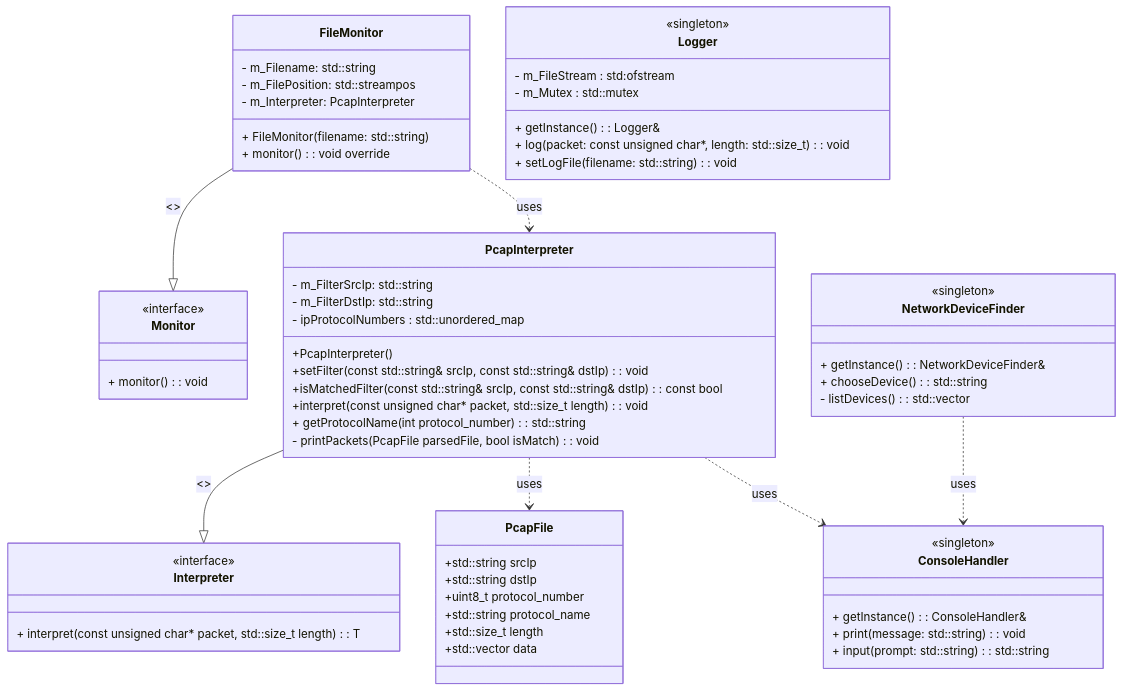
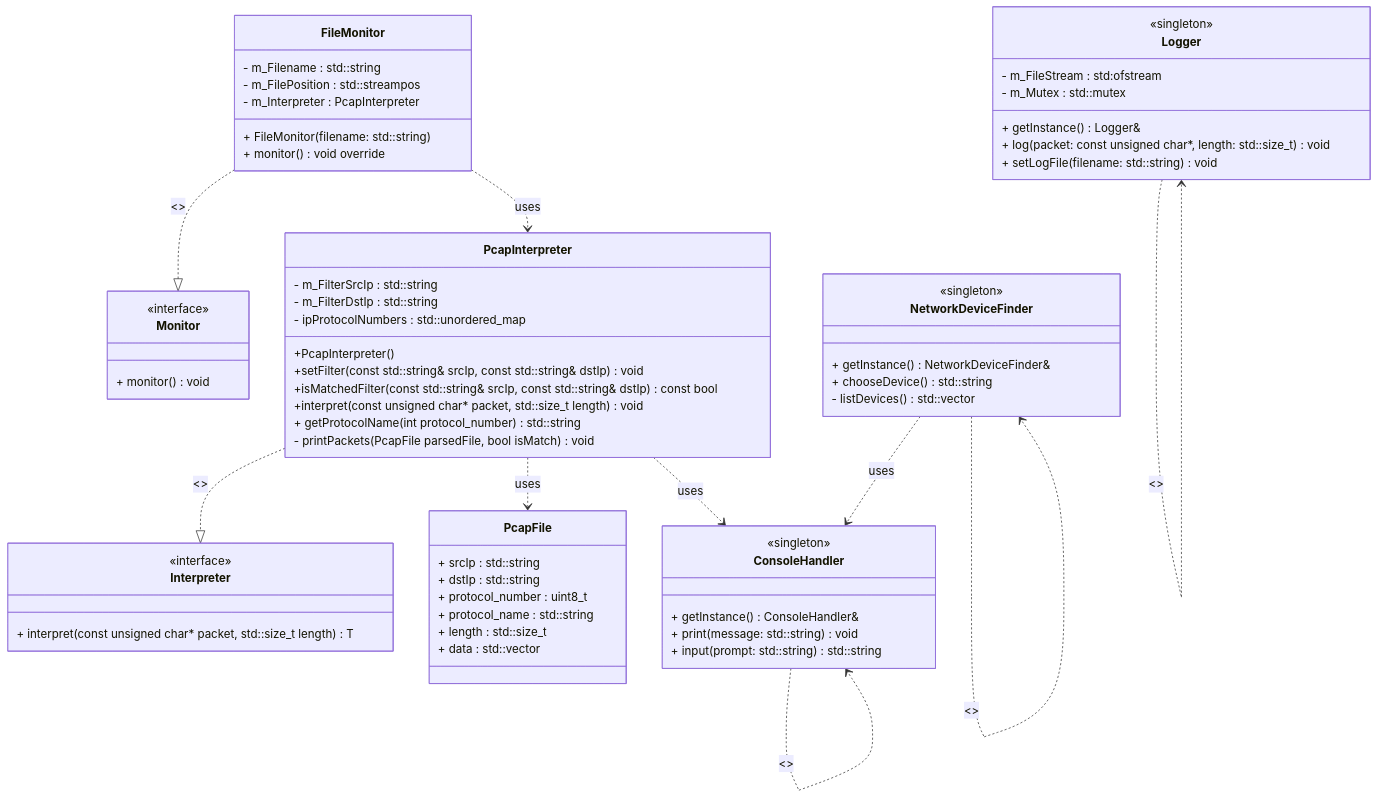
One commit to thehilmisu/cpp-networkanalyzer changed the diagram in README.md. Above: the diagram before and after it, drawn with Mermaid. The commit also changed 6 other files, not shown here.

Commit message:
class diagram changed

````diff
--- a/README.md
+++ b/README.md
@@ -18,79 +18,83 @@
 ```mermaid
 classDiagram
 
     class FileMonitor {
-        - m_Filename: std::string
-        - m_FilePosition: std::streampos
-        - m_Interpreter: PcapInterpreter
+        - m_Filename : std::string
+        - m_FilePosition : std::streampos
+        - m_Interpreter : PcapInterpreter
         + FileMonitor(filename: std::string)
-        + monitor() : void override
+        + monitor()  void override
     }
 
     class Monitor {
         <<interface>>
-        + monitor() : void
+        + monitor()  void
     }
 
     class Interpreter {
         <<interface>>
-        + interpret(const unsigned char* packet, std::size_t length) : T
+        + interpret(const unsigned char* packet, std::size_t length)  T
     }
     
     class PcapFile {
-        +std::string srcIp
-        +std::string dstIp
-        +uint8_t protocol_number
-        +std::string protocol_name
-        +std::size_t length
-        +std::vector<unsigned char> data
+        + srcIp : std::string
+        + dstIp : std::string 
+        + protocol_number : uint8_t
+        + protocol_name : std::string
+        + length : std::size_t
+        + data : std::vector<unsigned char>
     }
 
     class PcapInterpreter {
         +PcapInterpreter()
-        +setFilter(const std::string& srcIp, const std::string& dstIp): void
-        +isMatchedFilter(const std::string& srcIp, const std::string& dstIp) : const bool
-        +interpret(const unsigned char* packet, std::size_t length) : void
-        + getProtocolName(int protocol_number): std::string
-        - m_FilterSrcIp: std::string
-        - m_FilterDstIp: std::string
+        +setFilter(const std::string& srcIp, const std::string& dstIp) void
+        +isMatchedFilter(const std::string& srcIp, const std::string& dstIp)  const bool
+        +interpret(const unsigned char* packet, std::size_t length)  void
+        + getProtocolName(int protocol_number) std::string
+        - m_FilterSrcIp : std::string
+        - m_FilterDstIp : std::string
         - ipProtocolNumbers : std::unordered_map<int, std::string> 
-        - printPackets(PcapFile parsedFile, bool isMatch): void
+        - printPackets(PcapFile parsedFile, bool isMatch) void
     }
     
     class ConsoleHandler {
         <<singleton>>
-        + getInstance() : ConsoleHandler&
-        + print(message: std::string): void
-        + input(prompt: std::string): std::string
+        + getInstance()  ConsoleHandler&
+        + print(message: std::string) void
+        + input(prompt: std::string) std::string
     }
 
     
     class Logger {
         <<singleton>>
         - m_FileStream : std:ofstream
         - m_Mutex : std::mutex
-        + getInstance() : Logger&
-        + log(packet: const unsigned char*, length: std::size_t): void
-        + setLogFile(filename: std::string): void
+        + getInstance()  Logger&
+        + log(packet: const unsigned char*, length: std::size_t) void
+        + setLogFile(filename: std::string) void
     }
 
     class NetworkDeviceFinder {
         <<singleton>>
-        + getInstance() : NetworkDeviceFinder&
-        + chooseDevice() : std::string
-        - listDevices() : std::vector<std::string>
+        + getInstance()  NetworkDeviceFinder&
+        + chooseDevice()  std::string
+        - listDevices()  std::vector<std::string>
     }
 
     %% Inheritance
-    FileMonitor --|> Monitor : <<inherits>>
-    PcapInterpreter --|> Interpreter : <<inherits>>
+    FileMonitor ..|> Monitor : <<inherits>>
+    PcapInterpreter ..|> Interpreter : <<inherits>>
 
     %% Usage relationships
     FileMonitor ..> PcapInterpreter : uses
     PcapInterpreter ..> PcapFile : uses
     PcapInterpreter ..> ConsoleHandler: uses
     NetworkDeviceFinder ..> ConsoleHandler: uses
 
+    ConsoleHandler ..> ConsoleHandler : <<getInstance()>>
+    Logger ..> Logger : <<getInstance()>>
+    NetworkDeviceFinder ..> NetworkDeviceFinder : <<getInstance()>>
+
 
 
 ```
````
